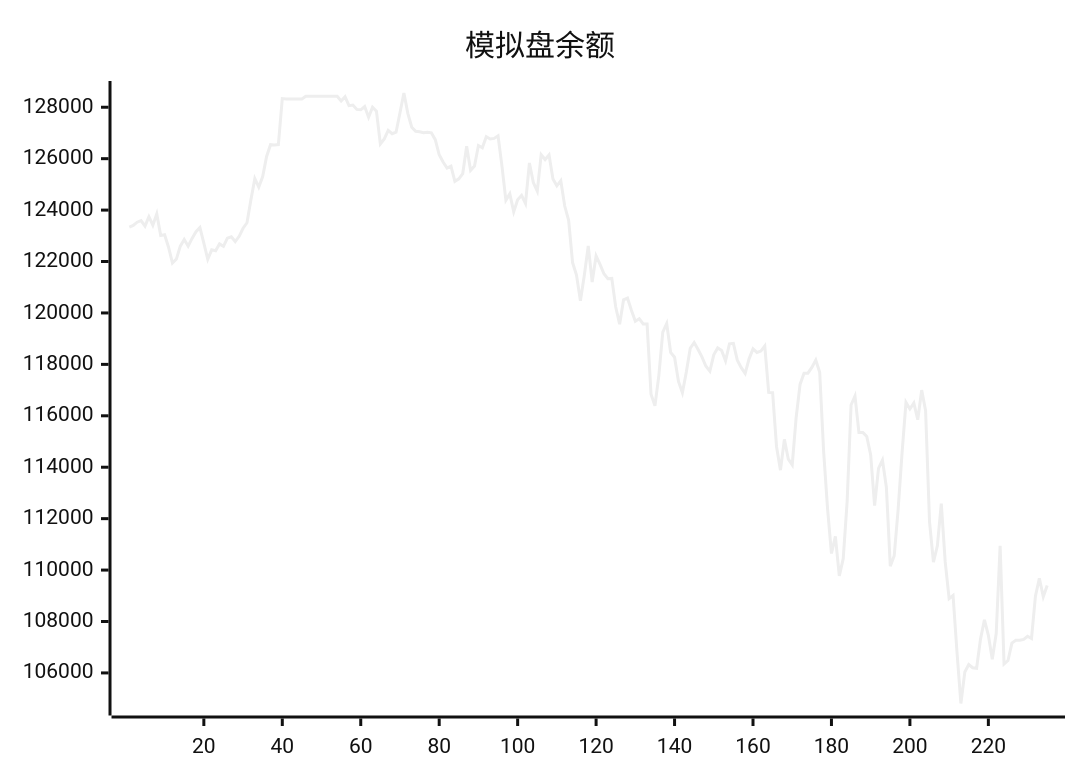
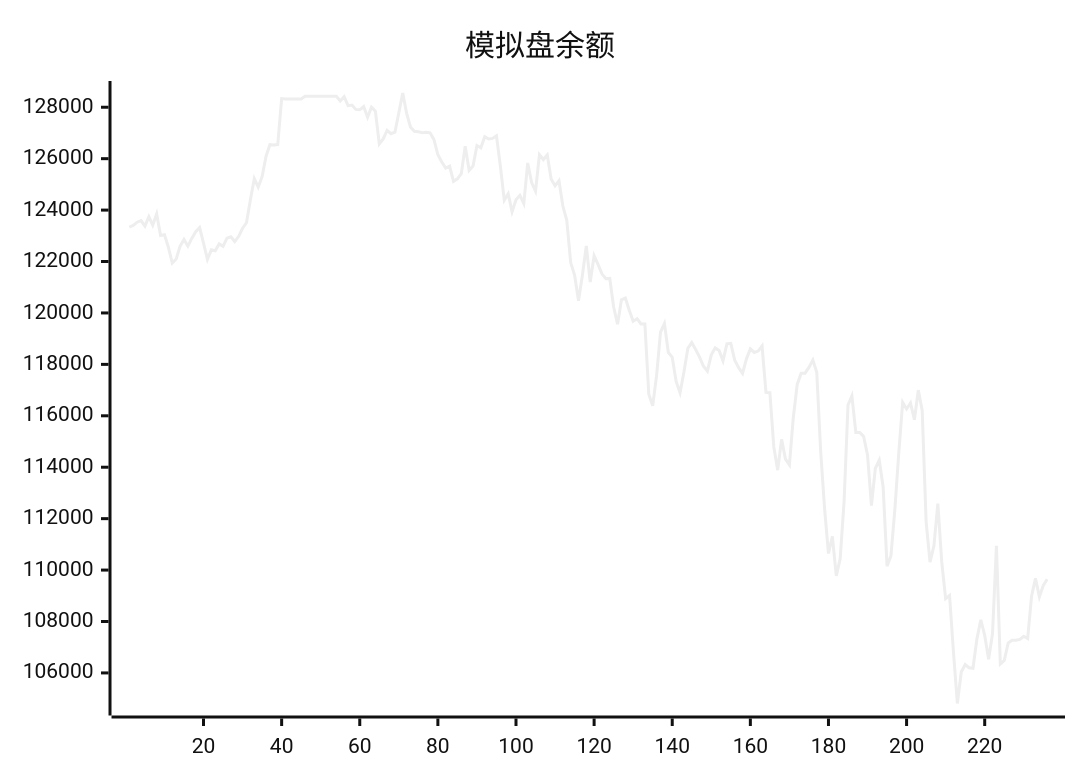
One commit to aahl/ai-trading changed the diagram in README.md. Above: the diagram before and after it, drawn with Mermaid (neutral theme). The commit also changed other lines of this file and 1 other file, not shown here.

````diff
--- a/README.md
+++ b/README.md
@@ -5,5 +5,5 @@
 ```mermaid
 xychart
     title "模拟盘余额"
-    line [123338,123402,123530,123592,123378,123745,123413,123853,123009,123040,122557,121938,122095,122599,122856,122597,122898,123160,123319,122719,122087,122454,122416,122685,122592,122907,122961,122776,122981,123295,123507,124403,125224,124894,125303,126088,126544,126534,126549,128335,128318,128318,128318,128318,128318,128424,128424,128424,128424,128424,128424,128424,128424,128424,128247,128412,128062,128087,127917,127901,128026,127611,128000,127850,126572,126770,127100,126971,127029,127783,128554,127765,127224,127064,127044,127009,127025,127004,126738,126152,125871,125635,125707,125117,125217,125420,126480,125545,125715,126511,126424,126856,126764,126788,126890,125710,124381,124632,123936,124402,124574,124256,125833,125070,124739,126154,125966,126145,125213,124943,125143,124157,123604,121959,121476,120476,121470,122610,121201,122221,121889,121522,121332,121344,120232,119559,120513,120577,120108,119680,119777,119572,119568,116839,116392,117573,119250,119585,118469,118277,117338,116897,117706,118628,118849,118579,118280,117926,117735,118373,118639,118544,118136,118798,118819,118162,117874,117649,118215,118601,118463,118517,118713,116911,116899,114798,113887,115084,114313,114091,115934,117221,117658,117658,117883,118164,117693,114632,112403,110644,111313,109777,110444,112673,116419,116772,115355,115355,115198,114476,112510,113954,114276,113223,110151,110561,112361,114562,116522,116265,116500,115845,117000,116199,111887,110306,110942,112588,110318,108891,109011,106814,104811,106038,106327,106201,106180,107315,108068,107463,106528,107530,110941,106346,106482,107161,107268,107270,107302,107426,107340,108985,109681,108962,109404]
+    line [123338,123402,123530,123592,123378,123745,123413,123853,123009,123040,122557,121938,122095,122599,122856,122597,122898,123160,123319,122719,122087,122454,122416,122685,122592,122907,122961,122776,122981,123295,123507,124403,125224,124894,125303,126088,126544,126534,126549,128335,128318,128318,128318,128318,128318,128424,128424,128424,128424,128424,128424,128424,128424,128424,128247,128412,128062,128087,127917,127901,128026,127611,128000,127850,126572,126770,127100,126971,127029,127783,128554,127765,127224,127064,127044,127009,127025,127004,126738,126152,125871,125635,125707,125117,125217,125420,126480,125545,125715,126511,126424,126856,126764,126788,126890,125710,124381,124632,123936,124402,124574,124256,125833,125070,124739,126154,125966,126145,125213,124943,125143,124157,123604,121959,121476,120476,121470,122610,121201,122221,121889,121522,121332,121344,120232,119559,120513,120577,120108,119680,119777,119572,119568,116839,116392,117573,119250,119585,118469,118277,117338,116897,117706,118628,118849,118579,118280,117926,117735,118373,118639,118544,118136,118798,118819,118162,117874,117649,118215,118601,118463,118517,118713,116911,116899,114798,113887,115084,114313,114091,115934,117221,117658,117658,117883,118164,117693,114632,112403,110644,111313,109777,110444,112673,116419,116772,115355,115355,115198,114476,112510,113954,114276,113223,110151,110561,112361,114562,116522,116265,116500,115845,117000,116199,111887,110306,110942,112588,110318,108891,109011,106814,104811,106038,106327,106201,106180,107315,108068,107463,106528,107530,110941,106346,106482,107161,107268,107270,107302,107426,107340,108985,109681,108962,109404,109645]
 ```
````
